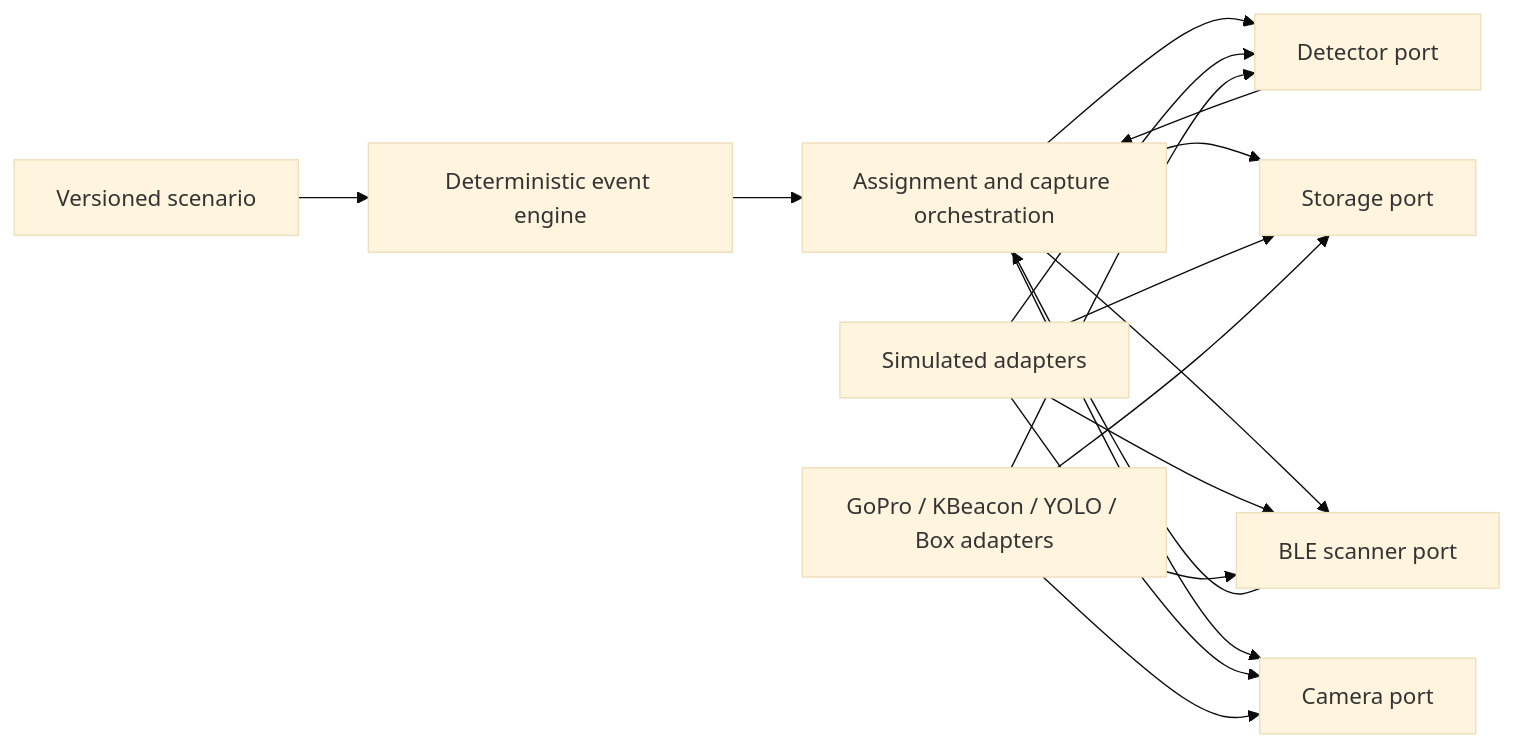
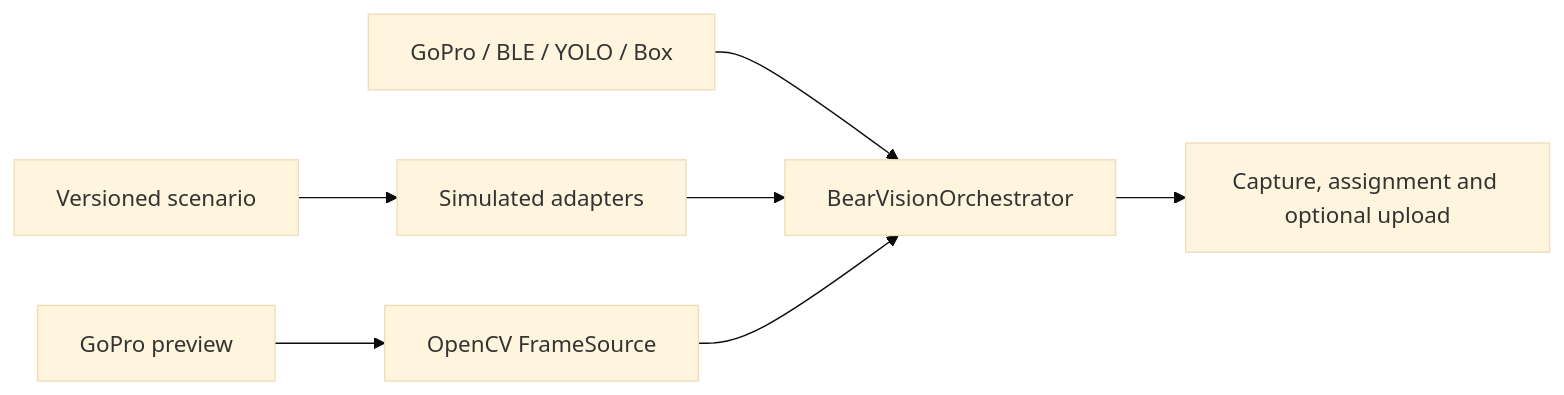
Before and after one commit to BeerBear85/BearVision: the diagram in docs/remake/foundation.md, drawn with Mermaid (base theme). The commit also changed other lines of this file and 129 other files, not shown here.

Commit message:
Complete BearVision 3 remake cleanup

````diff
--- a/docs/remake/foundation.md
+++ b/docs/remake/foundation.md
@@ -26,19 +15,9 @@
 ```mermaid
 flowchart LR
-    Scenario[Versioned scenario] --> Engine[Deterministic event engine]
-    Engine --> Core[Assignment and capture orchestration]
-    Core --> Camera[Camera port]
-    Core --> Scanner[BLE scanner port]
-    Core --> Detector[Detector port]
-    Core --> Storage[Storage port]
-    Scanner --> Core
-    Detector --> Core
-    Sim[Simulated adapters] --> Camera
-    Sim --> Scanner
-    Sim --> Detector
-    Sim --> Storage
-    Real[GoPro / KBeacon / YOLO / Box adapters] --> Camera
-    Real --> Scanner
-    Real --> Detector
-    Real --> Storage
+    Scenario[Versioned scenario] --> Sim[Simulated adapters]
+    Preview[GoPro preview] --> Frames[OpenCV FrameSource]
+    Real[GoPro / BLE / YOLO / Box] --> Core[BearVisionOrchestrator]
+    Sim --> Core
+    Frames --> Core
+    Core --> Result[Capture, assignment and optional upload]
 ```
````
